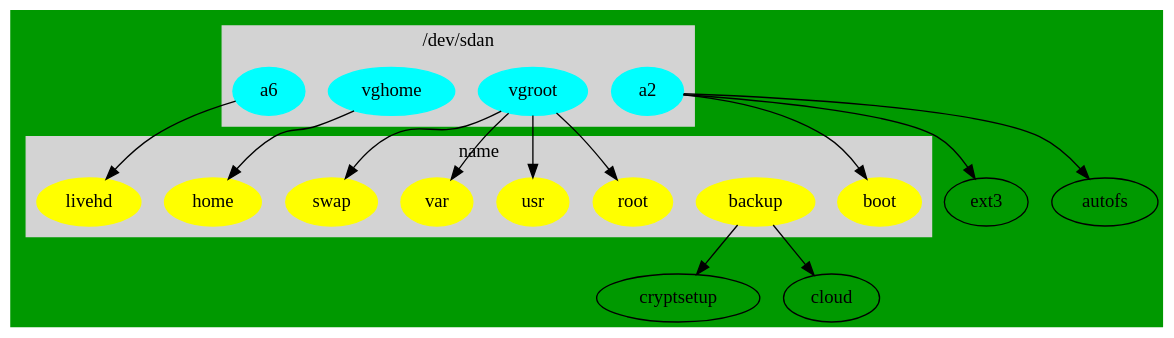
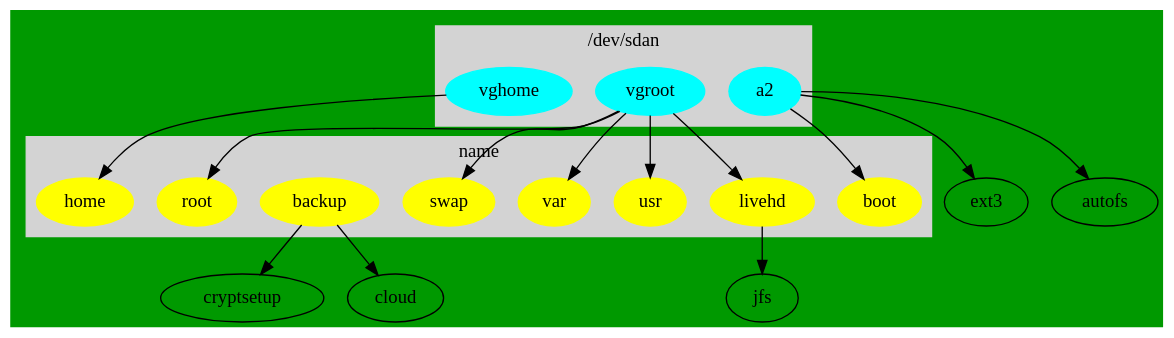
The diagram in dot/.config/dupl/parted.dot (cdede/dotfiles), drawn with Graphviz before and after one commit.

Commit message:
mv livehd to lvm

```diff
--- a/dot/.config/dupl/parted.dot
+++ b/dot/.config/dupl/parted.dot
@@ -1,43 +1,43 @@
 // dot -Tpng  parted.dot -o line1.png
 //  default ext4
 digraph G {
   bgcolor ="#009900";
 
 	subgraph cluster_0 {
 		style=filled;
 		color=lightgrey;
 		node [style=filled,color=cyan];
 		a2 ;
                 vgroot;
                 vghome;
-                a6;
 		label = "/dev/sdan";
 	}
 
 	subgraph cluster_2 {
 		style=filled;
 		color=lightgrey;
 		node [style=filled,color=yellow];
 		boot;
 		backup;
                 livehd;
 		root ;
                 usr;
                 var;
 		swap;
 		home;
 		label = "name";
 	}
 
 	a2 -> boot;
 	a2 -> ext3;
 	a2 -> autofs;
         vgroot -> swap ;
         vgroot -> root ;
         vgroot -> usr ;
         vgroot -> var ;
         vghome -> home;
-        a6 ->livehd;
+        vgroot ->livehd;
+        livehd ->jfs;
         backup -> cryptsetup;
         backup -> cloud;
 }
```
